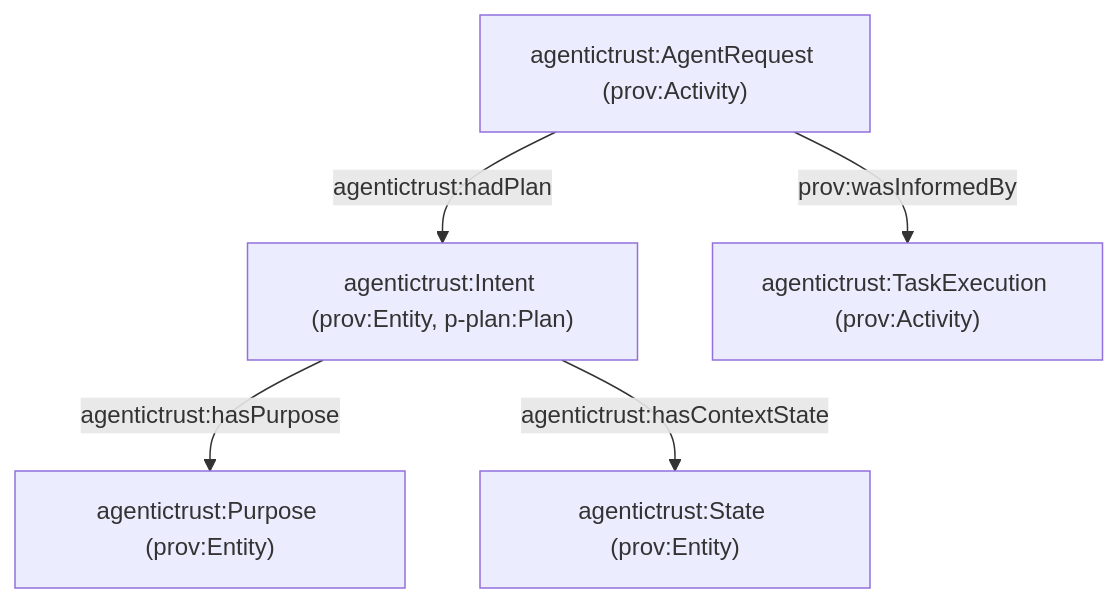
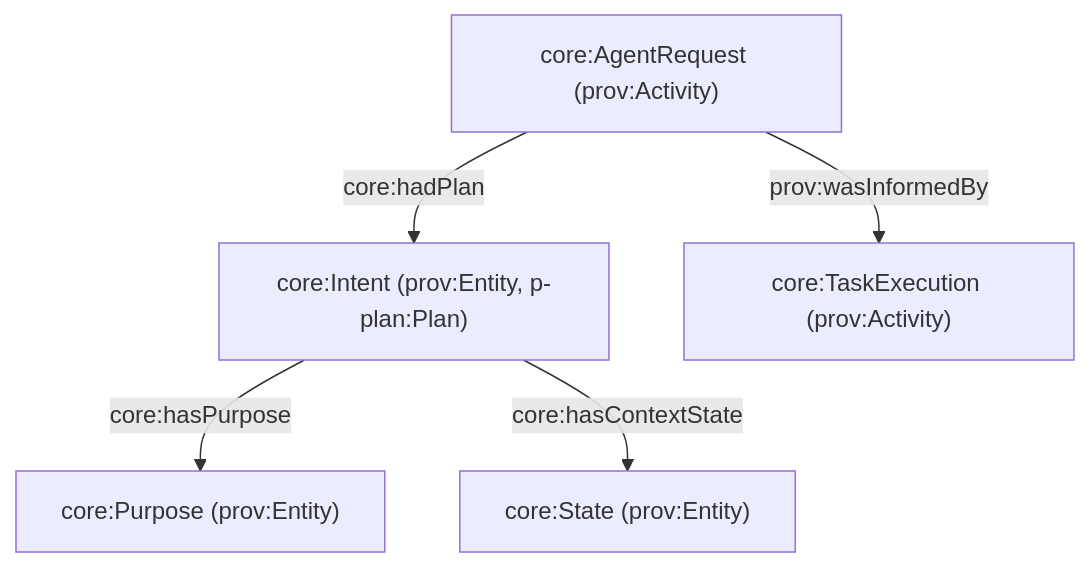
One commit to Agentic-Trust-Layer/agent-explorer changed the second of 7 diagrams in docs/ontology/intent.md. Above: the diagram before and after it, drawn with Mermaid. The commit also changed other lines of this file and 49 other files, not shown here.

````diff
--- a/docs/ontology/intent.md
+++ b/docs/ontology/intent.md
@@ -68,14 +68,14 @@
 ```mermaid
 graph TB
-  Purpose["agentictrust:Purpose (prov:Entity)"]
-  State["agentictrust:State (prov:Entity)"]
-  Intent["agentictrust:Intent (prov:Entity, p-plan:Plan)"]
-  Action["agentictrust:AgentRequest (prov:Activity)"]
-  Activity["agentictrust:TaskExecution (prov:Activity)"]
+  Purpose["core:Purpose (prov:Entity)"]
+  State["core:State (prov:Entity)"]
+  Intent["core:Intent (prov:Entity, p-plan:Plan)"]
+  Action["core:AgentRequest (prov:Activity)"]
+  Activity["core:TaskExecution (prov:Activity)"]
 
-  Intent -->|agentictrust:hasPurpose| Purpose
-  Intent -->|agentictrust:hasContextState| State
+  Intent -->|core:hasPurpose| Purpose
+  Intent -->|core:hasContextState| State
 
-  Action -->|agentictrust:hadPlan| Intent
+  Action -->|core:hadPlan| Intent
   Action -->|prov:wasInformedBy| Activity
 ```
````
